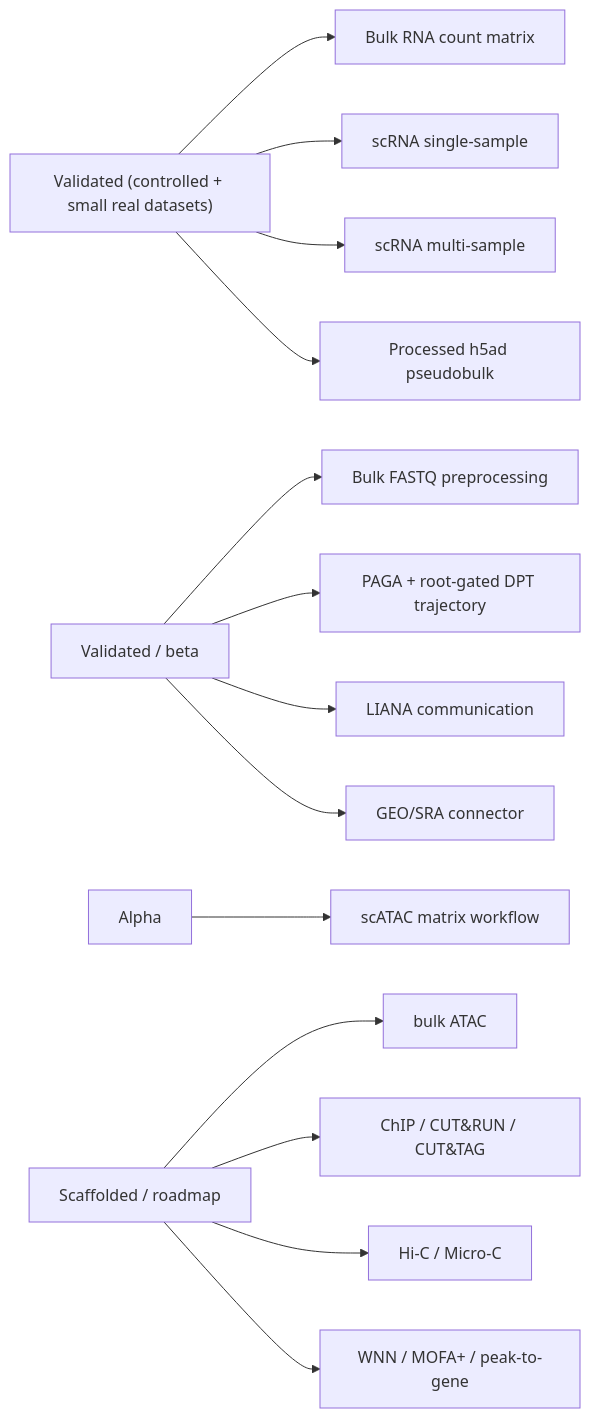
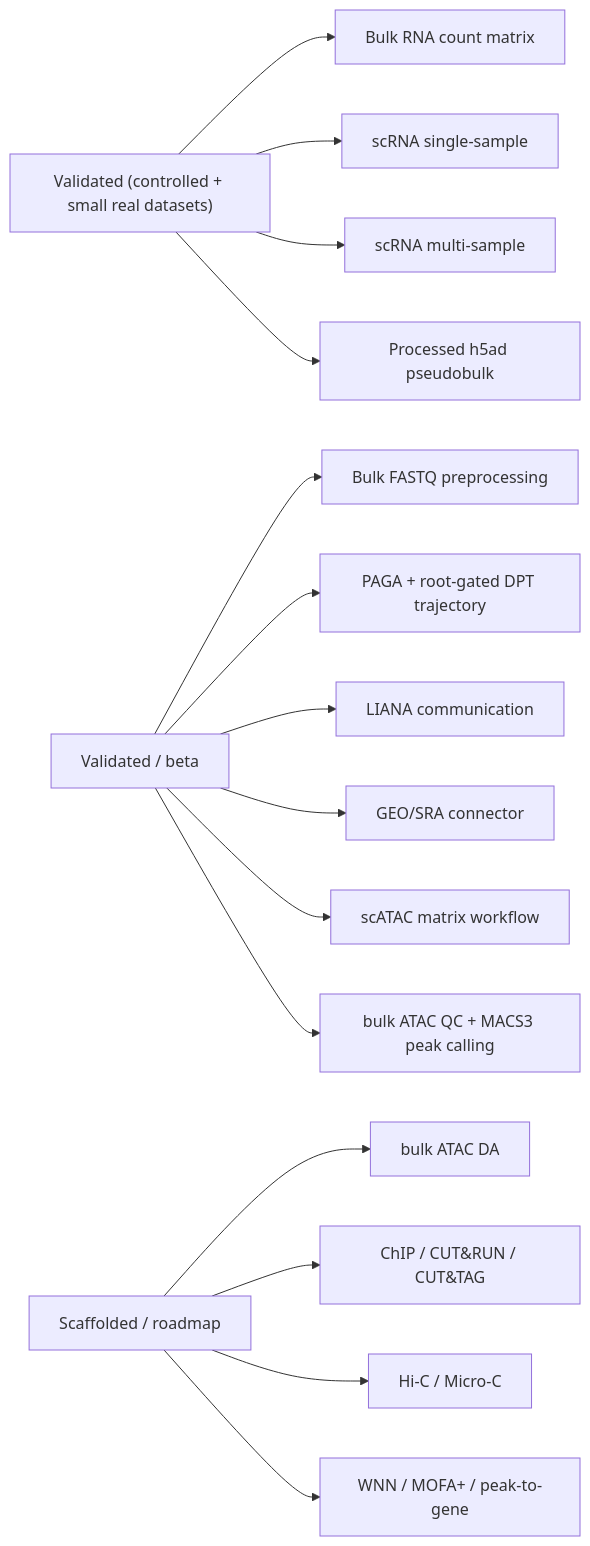
Before and after one commit to Olascoaga/aria-omics: the diagram in docs/diagrams/validation_boundary.mmd, drawn with Mermaid. The commit also changed 18 other files, not shown here.

Commit message:
feat(chromatin): open bulk ATAC QC and peak calling beta slice

```diff
--- a/docs/diagrams/validation_boundary.mmd
+++ b/docs/diagrams/validation_boundary.mmd
@@ -1,14 +1,15 @@
 flowchart LR
     A["Validated (controlled + small real datasets)"] --> A1[Bulk RNA count matrix]
     A --> A2[scRNA single-sample]
     A --> A3[scRNA multi-sample]
     A --> A4[Processed h5ad pseudobulk]
     B[Validated / beta] --> B1[Bulk FASTQ preprocessing]
     B --> B2[PAGA + root-gated DPT trajectory]
     B --> B3[LIANA communication]
     B --> B4[GEO/SRA connector]
-    D[Alpha] --> D1[scATAC matrix workflow]
-    C[Scaffolded / roadmap] --> C1[bulk ATAC]
+    B --> B5[scATAC matrix workflow]
+    B --> B6[bulk ATAC QC + MACS3 peak calling]
+    C[Scaffolded / roadmap] --> C1[bulk ATAC DA]
     C --> C2[ChIP / CUT&RUN / CUT&TAG]
     C --> C3[Hi-C / Micro-C]
     C --> C4[WNN / MOFA+ / peak-to-gene]
```
